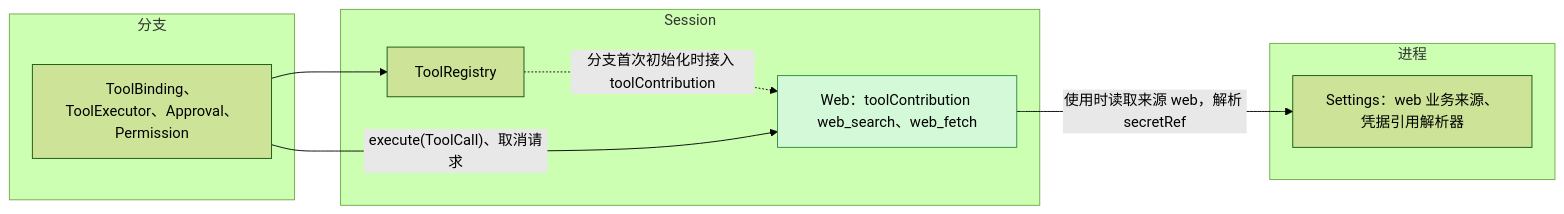
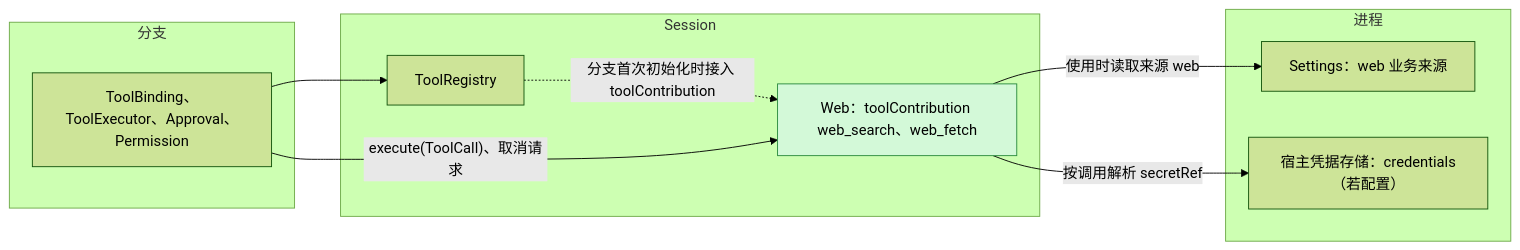
The first of 5 diagrams in docs/zh/design/plugins/Web.md (CoutinhoTTS/dim-agent), drawn with Mermaid (forest theme) before and after one commit. The commit also changed other lines of this file and 1 other file, not shown here.

Commit message:
docs(web): bind the design to delivered C4 and Settings services

````diff
--- a/docs/zh/design/plugins/Web.md
+++ b/docs/zh/design/plugins/Web.md
@@ -9,18 +9,20 @@
 ```mermaid
 flowchart LR
   subgraph PROC["进程"]
-    Settings["Settings：web 业务来源、凭据引用解析器"]
+    Settings["Settings：web 业务来源"]
+    Credentials["宿主凭据存储：credentials（若配置）"]
   end
   subgraph SESS["Session"]
     Web["Web：toolContribution web_search、web_fetch"]:::new
     ToolRegistry["ToolRegistry"]
   end
   subgraph BR["分支"]
     Exec["ToolBinding、ToolExecutor、Approval、Permission"]
   end
-  Web -->|"使用时读取来源 web，解析 secretRef"| Settings
+  Web -->|"使用时读取来源 web"| Settings
+  Web -->|"按调用解析 secretRef"| Credentials
   ToolRegistry -.->|"分支首次初始化时接入 toolContribution"| Web
   Exec --> ToolRegistry
   Exec -->|"execute(ToolCall)、取消请求"| Web
   classDef new fill:#d3f9d8,stroke:#2b8a3e,color:#000
 ```
````
